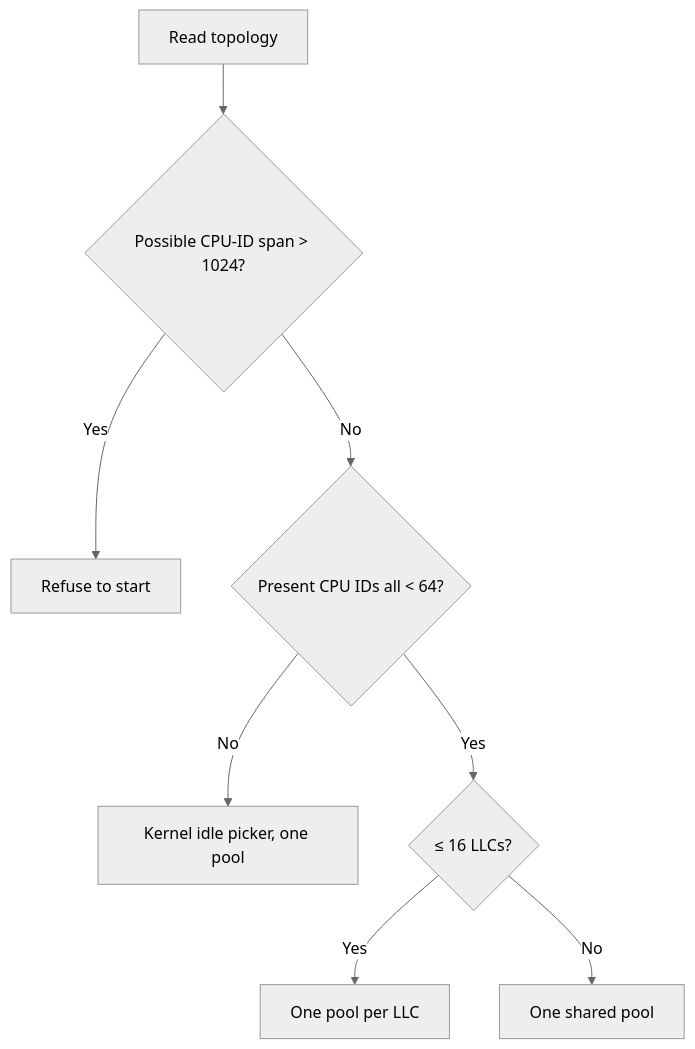
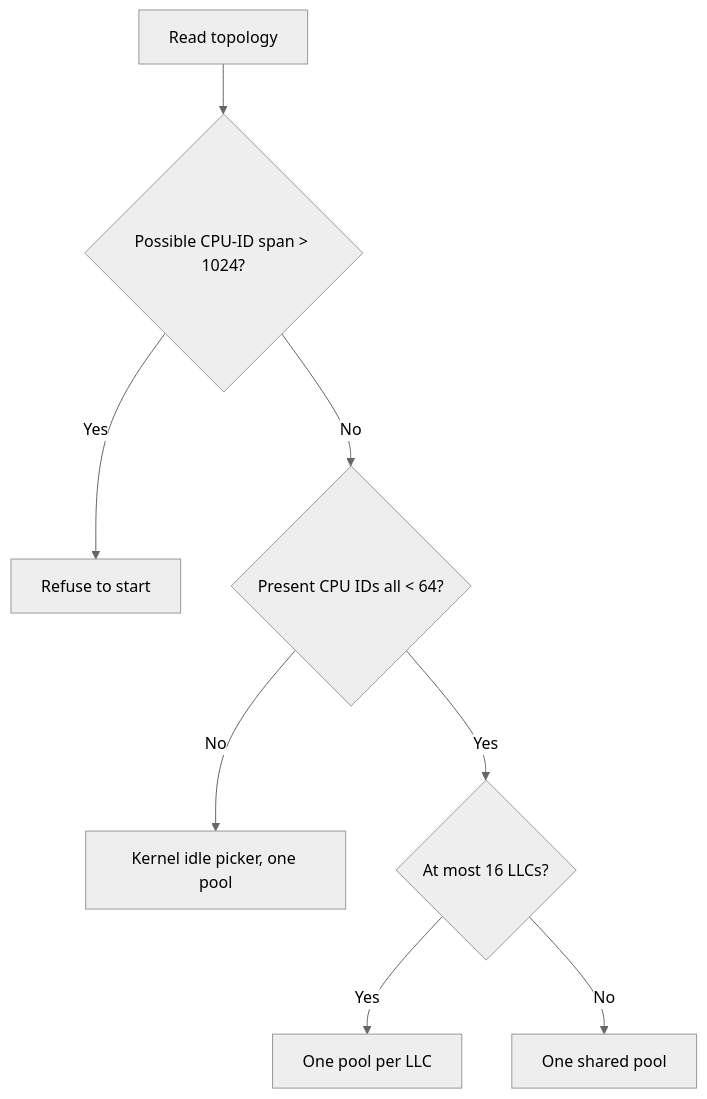
Before and after one commit to sched-ext/scx: the fourth of 5 diagrams in scheds/rust/scx_cake/DESIGN.md, drawn with Mermaid (neutral theme). The commit also changed other lines of this file and 31 other files, not shown here.

````diff
--- a/scheds/rust/scx_cake/DESIGN.md
+++ b/scheds/rust/scx_cake/DESIGN.md
@@ -134,10 +130,10 @@
 ```mermaid
 flowchart TD
     T["Read topology"] --> B{"Possible CPU-ID span > 1024?"}
     B -->|Yes| F["Refuse to start"]
     B -->|No| N{"Present CPU IDs all < 64?"}
     N -->|No| G["Kernel idle picker, one pool"]
-    N -->|Yes| Q{"≤ 16 LLCs?"}
+    N -->|Yes| Q{"At most 16 LLCs?"}
     Q -->|Yes| M["One pool per LLC"]
     Q -->|No| U["One shared pool"]
 ```
````
